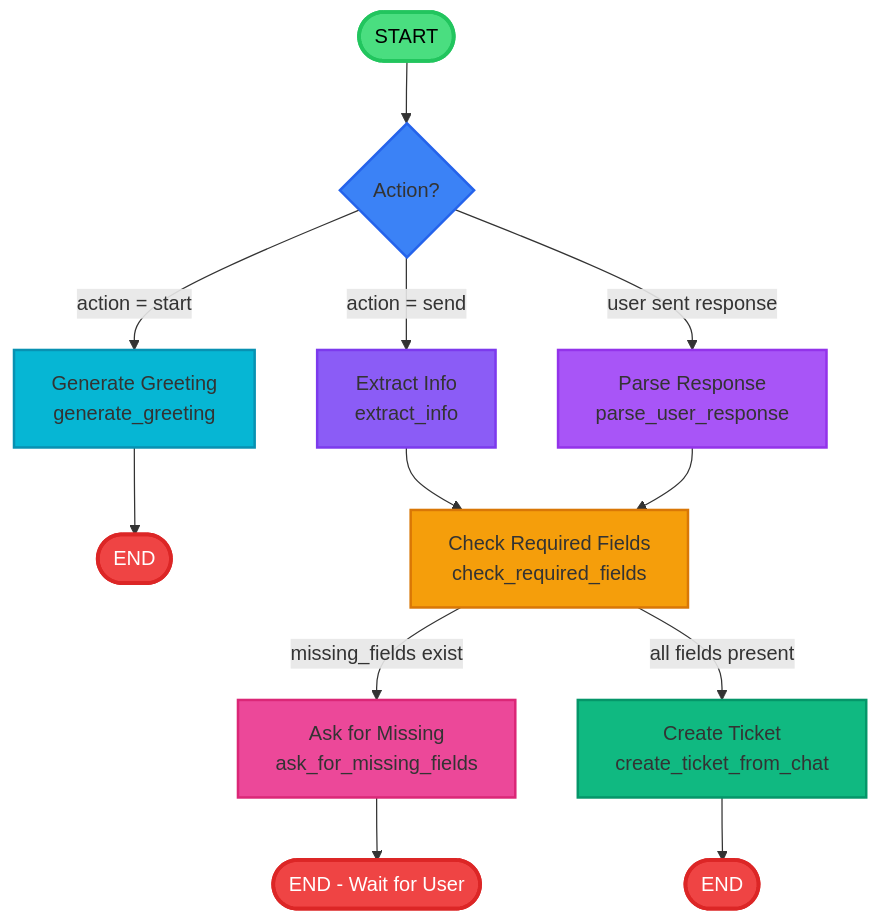
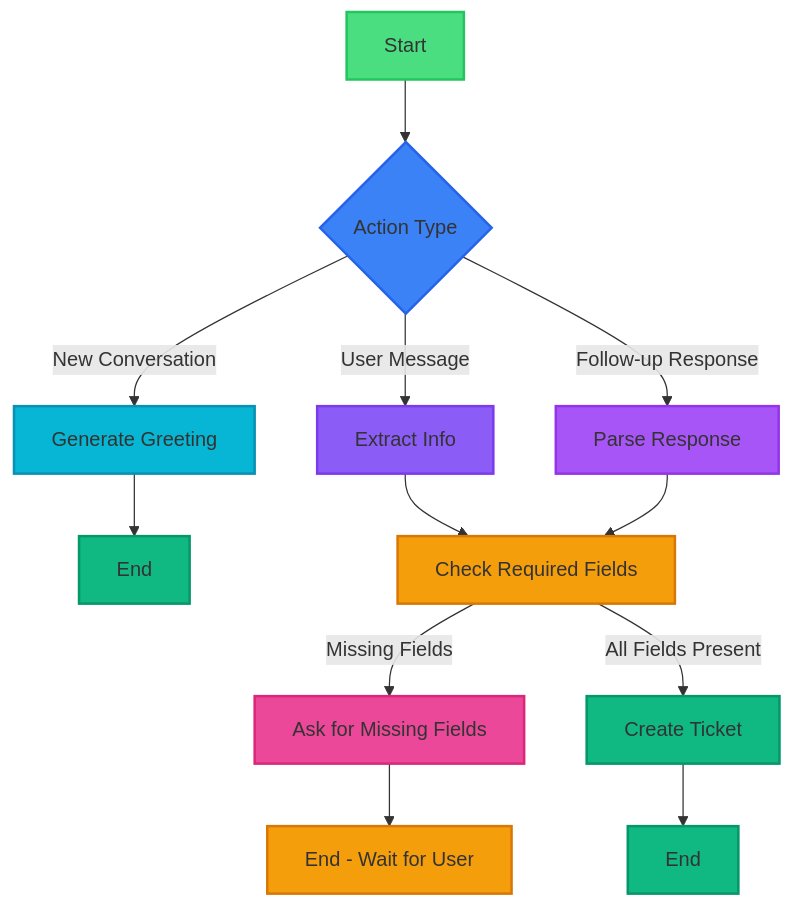
The second of 2 diagrams in WORKFLOW_DIAGRAMS.md (shijithkm/snow-agent), drawn with Mermaid before and after one commit. The commit also changed other lines of this file and 25 other files, not shown here.

````diff
--- a/WORKFLOW_DIAGRAMS.md
+++ b/WORKFLOW_DIAGRAMS.md
@@ -58,36 +60,31 @@
 ```mermaid
-graph TB
-    START([START]) --> greeting{Action?}
+graph TD
+    Start[Start] --> Action{Action Type}
 
-    greeting -->|action = start| greet["Generate Greeting
-    generate_greeting"]
-    greeting -->|action = send| extract["Extract Info
-    extract_info"]
-    greeting -->|user sent response| parse["Parse Response
-    parse_user_response"]
+    Action -->|New Conversation| Greeting[Generate Greeting]
+    Action -->|User Message| Extract[Extract Info]
+    Action -->|Follow-up Response| Parse[Parse Response]
 
-    greet --> END1([END])
-    extract --> check["Check Required Fields
-    check_required_fields"]
-    parse --> check
+    Greeting --> End1[End]
 
-    check -->|missing_fields exist| ask["Ask for Missing
-    ask_for_missing_fields"]
-    check -->|all fields present| create["Create Ticket
-    create_ticket_from_chat"]
+    Extract --> Check[Check Required Fields]
+    Parse --> Check
 
-    ask --> END2([END - Wait for User])
-    create --> END3([END])
+    Check -->|Missing Fields| Ask[Ask for Missing Fields]
+    Check -->|All Fields Present| Create[Create Ticket]
 
-    style START fill:#4ade80,stroke:#22c55e,stroke-width:3px,color:#000
-    style greeting fill:#3b82f6,stroke:#2563eb,stroke-width:2px
-    style greet fill:#06b6d4,stroke:#0891b2,stroke-width:2px
-    style extract fill:#8b5cf6,stroke:#7c3aed,stroke-width:2px
-    style parse fill:#a855f7,stroke:#9333ea,stroke-width:2px
-    style check fill:#f59e0b,stroke:#d97706,stroke-width:2px
-    style ask fill:#ec4899,stroke:#db2777,stroke-width:2px
-    style create fill:#10b981,stroke:#059669,stroke-width:2px
-    style END1 fill:#ef4444,stroke:#dc2626,stroke-width:3px,color:#fff
-    style END2 fill:#ef4444,stroke:#dc2626,stroke-width:3px,color:#fff
-    style END3 fill:#ef4444,stroke:#dc2626,stroke-width:3px,color:#fff
+    Ask --> End2[End - Wait for User]
+    Create --> End3[End]
+
+    style Start fill:#4ade80,stroke:#22c55e,stroke-width:2px
+    style Action fill:#3b82f6,stroke:#2563eb,stroke-width:2px
+    style Greeting fill:#06b6d4,stroke:#0891b2,stroke-width:2px
+    style Extract fill:#8b5cf6,stroke:#7c3aed,stroke-width:2px
+    style Parse fill:#a855f7,stroke:#9333ea,stroke-width:2px
+    style Check fill:#f59e0b,stroke:#d97706,stroke-width:2px
+    style Ask fill:#ec4899,stroke:#db2777,stroke-width:2px
+    style Create fill:#10b981,stroke:#059669,stroke-width:2px
+    style End1 fill:#10b981,stroke:#059669,stroke-width:2px
+    style End2 fill:#f59e0b,stroke:#d97706,stroke-width:2px
+    style End3 fill:#10b981,stroke:#059669,stroke-width:2px
 ```
````
